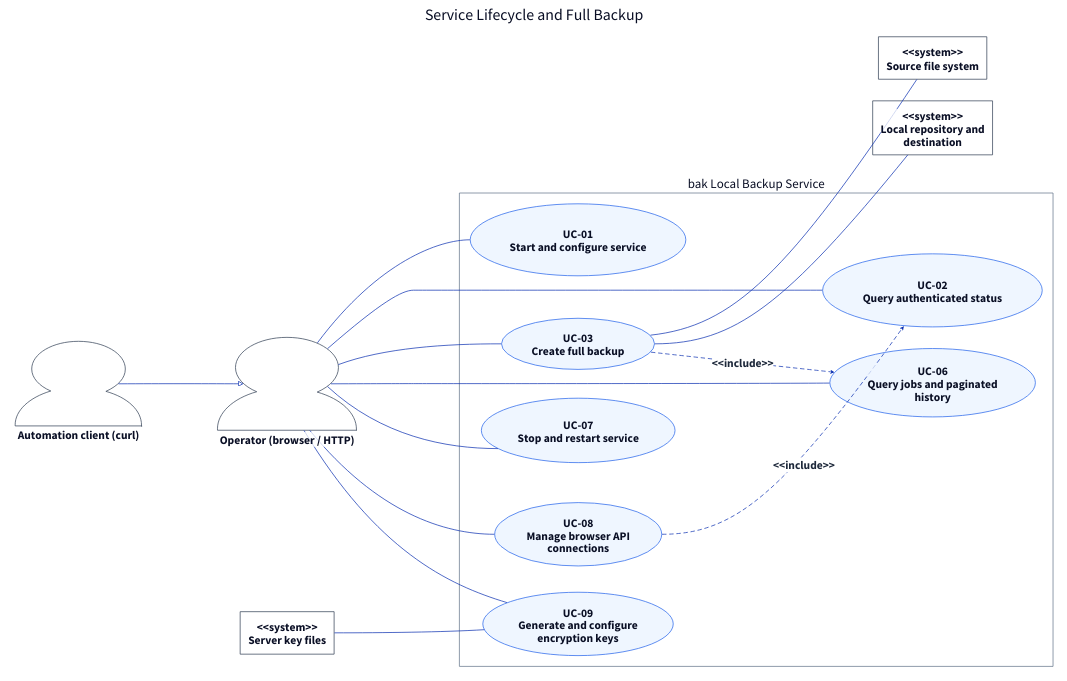
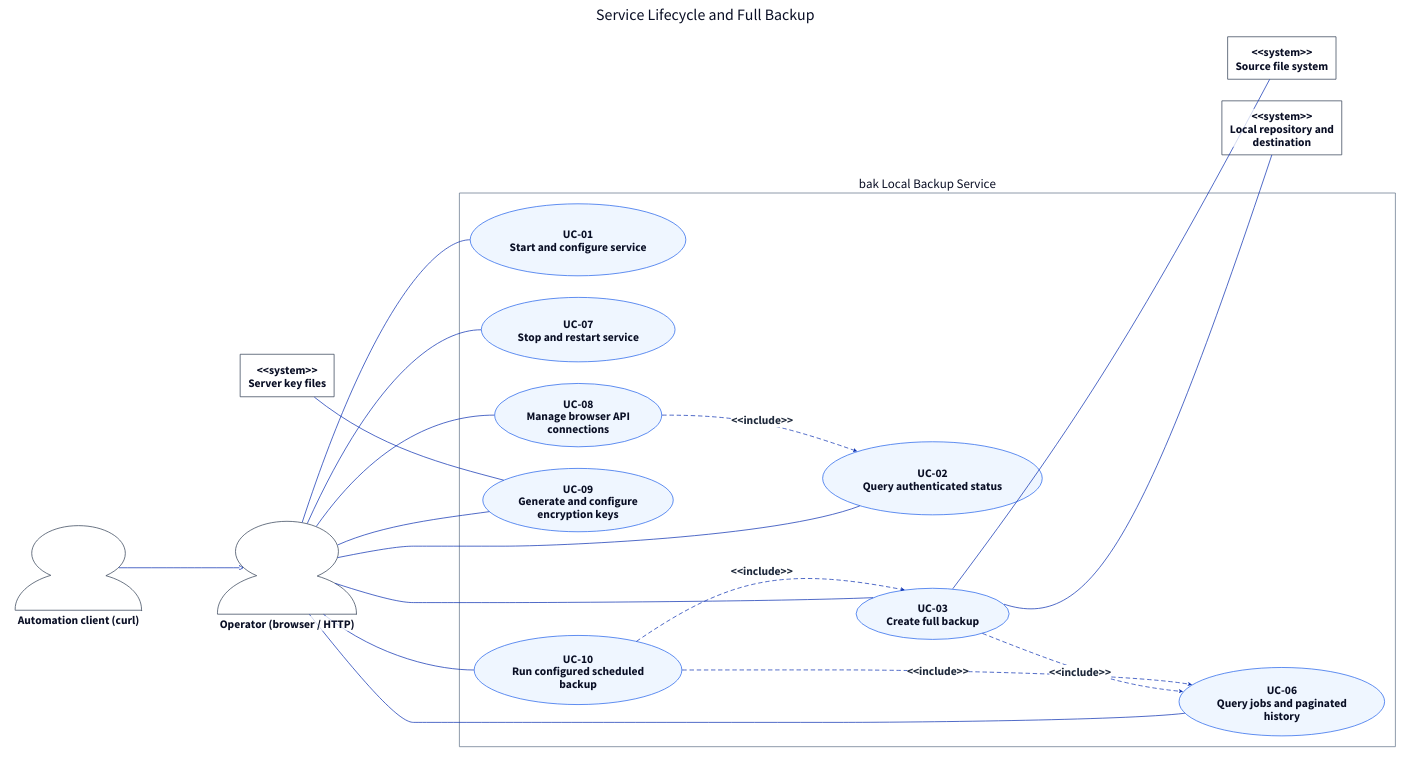
Before and after one commit to qi7876/software-development-exp: the diagram in docs/report/generated/use-case-configuration-execution.d2, drawn with D2. The commit also changed 22 other files, not shown here.

```diff
--- a/docs/report/generated/use-case-configuration-execution.d2
+++ b/docs/report/generated/use-case-configuration-execution.d2
@@ -1,89 +1,97 @@
 # Generated from docs/report/use-cases.yaml; do not edit directly.
 direction: right
 **.style.font-size: 32
 (** -> **)[*].style: {font-size: 32; bold: true; italic: false; font-color: "#1E293B"}
 (** -- **)[*].style: {font-size: 32; bold: true; italic: false; font-color: "#1E293B"}
 (** <- **)[*].style: {font-size: 32; bold: true; italic: false; font-color: "#1E293B"}
 diagram: "Service Lifecycle and Full Backup" {
   style.font-size: 44
   style.fill: white
   style.stroke: transparent
   CLIENT: "Operator (browser / HTTP)" {
     shape: person
     style.stroke: "#334155"
     style.fill: white
   }
   AUT: "Automation client (curl)" {
     shape: person
     style.stroke: "#334155"
     style.fill: white
   }
   SRC: "<<system>>\nSource file system" {
     shape: rectangle
     style.stroke: "#334155"
     style.fill: white
   }
   TGT: "<<system>>\nLocal repository and\ndestination" {
     shape: rectangle
     style.stroke: "#334155"
     style.fill: white
   }
   KEYS: "<<system>>\nServer key files" {
     shape: rectangle
     style.stroke: "#334155"
     style.fill: white
   }
   system: "bak Local Backup Service" {
     style.font-size: 36
     style.stroke: "#64748B"
     style.fill: white
     UC_01: "UC-01\nStart and configure service" {
       shape: oval
       style.stroke: "#2563EB"
       style.fill: "#EFF6FF"
     }
     UC_02: "UC-02\nQuery authenticated status" {
       shape: oval
       style.stroke: "#2563EB"
       style.fill: "#EFF6FF"
     }
     UC_03: "UC-03\nCreate full backup" {
       shape: oval
       style.stroke: "#2563EB"
       style.fill: "#EFF6FF"
     }
     UC_06: "UC-06\nQuery jobs and paginated\nhistory" {
       shape: oval
       style.stroke: "#2563EB"
       style.fill: "#EFF6FF"
     }
     UC_07: "UC-07\nStop and restart service" {
       shape: oval
       style.stroke: "#2563EB"
       style.fill: "#EFF6FF"
     }
     UC_08: "UC-08\nManage browser API\nconnections" {
       shape: oval
       style.stroke: "#2563EB"
       style.fill: "#EFF6FF"
     }
     UC_09: "UC-09\nGenerate and configure\nencryption keys" {
       shape: oval
       style.stroke: "#2563EB"
       style.fill: "#EFF6FF"
     }
+    UC_10: "UC-10\nRun configured scheduled\nbackup" {
+      shape: oval
+      style.stroke: "#2563EB"
+      style.fill: "#EFF6FF"
+    }
   }
   CLIENT -- system.UC_01
   CLIENT -- system.UC_02
   CLIENT -- system.UC_03
   CLIENT -- system.UC_06
   CLIENT -- system.UC_07
   system.UC_03 -- SRC
   system.UC_03 -- TGT
   CLIENT -- system.UC_08
   CLIENT -- system.UC_09
   KEYS -- system.UC_09
+  CLIENT -- system.UC_10
   AUT -> CLIENT: {target-arrowhead.style.filled: false}
   system.UC_03 -> system.UC_06: "<<include>>" {style.stroke-dash: 5; target-arrowhead.shape: arrow}
   system.UC_08 -> system.UC_02: "<<include>>" {style.stroke-dash: 5; target-arrowhead.shape: arrow}
+  system.UC_10 -> system.UC_03: "<<include>>" {style.stroke-dash: 5; target-arrowhead.shape: arrow}
+  system.UC_10 -> system.UC_06: "<<include>>" {style.stroke-dash: 5; target-arrowhead.shape: arrow}
 }
```
